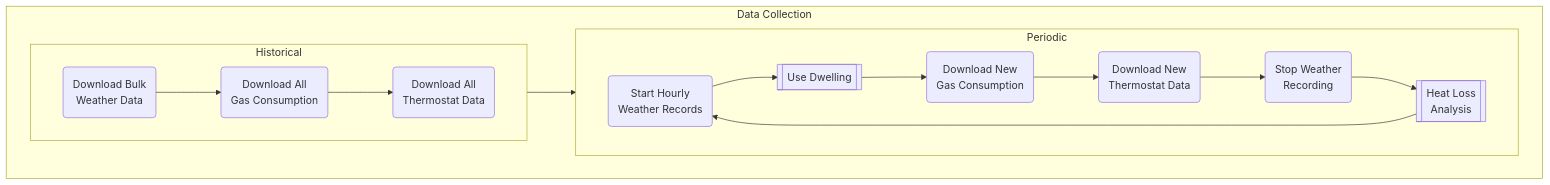
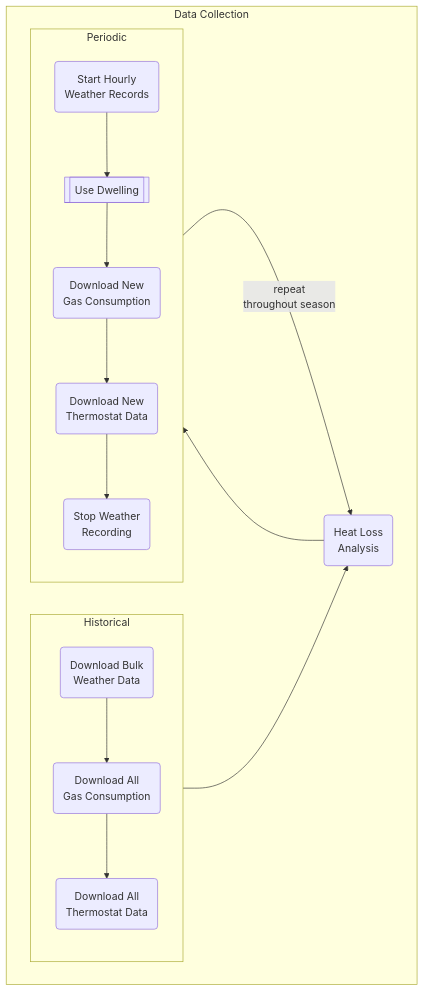
Before and after one commit to jackcarey/tado-heat-loss: the diagram in README.md, drawn with Mermaid.

Commit message:
updated diagram

````diff
--- a/README.md
+++ b/README.md
@@ -28,22 +28,21 @@
 ```mermaid
-flowchart LR
+flowchart TB
 subgraph X["Data Collection"]
-direction LR
     subgraph Y["Historical"]
-    direction LR
+    direction TB
       A(Download Bulk\nWeather Data) --> B(Download All\nGas Consumption)
       B --> C(Download All\nThermostat Data)
     end
+    C --> I
+    I(Heat Loss\nAnalysis) --> D(Start Hourly\nWeather Records)
 
     subgraph Z["Periodic"]
-    direction LR
-      C --> D(Start Hourly\nWeather Records)
+    direction TB
       D --> E[[Use Dwelling]]
       E --> F(Download New\nGas Consumption)
       F --> G(Download New\nThermostat Data)
       G --> H(Stop Weather\nRecording)
-      H --> I[[Heat Loss\nAnalysis]]
-      I --> D
     end
+    H -->|repeat\n throughout season| I
 end
 ```
````
